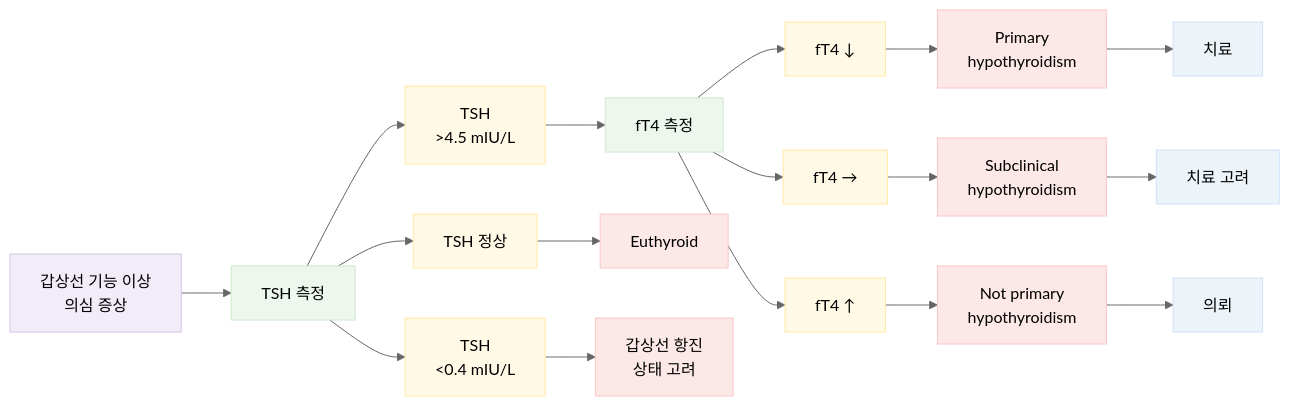
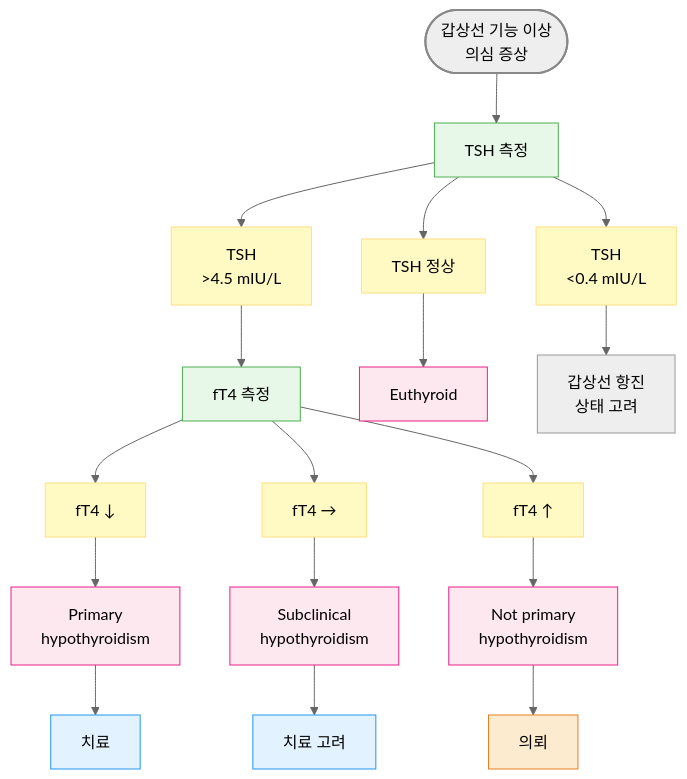
The first of 2 diagrams in 226_/105_-hypothyroidism.md (familyoh77/familyoh77), drawn with Mermaid (neutral theme) before and after one commit. The commit also changed other lines of this file, not shown here.

````diff
--- a/226_/105_-hypothyroidism.md
+++ b/226_/105_-hypothyroidism.md
@@ -103,43 +105,36 @@
 ```mermaid
-flowchart LR
+flowchart TD
     %% Nodes
-    Start["갑상선 기능 이상<br>의심 증상"] --> TSH["TSH 측정"]
+    Start(["갑상선 기능 이상<br>의심 증상"]) --> TSH["TSH 측정"]
 
     %% TSH Branches
     TSH --> TSH_High["TSH<br>>4.5 mIU/L"]
     TSH --> TSH_Normal["TSH 정상"]
     TSH --> TSH_Low["TSH<br><0.4 mIU/L"]
 
     %% TSH High Path
     TSH_High --> FT4_Meas["fT4 측정"]
     FT4_Meas --> FT4_Low["fT4 ↓"]
     FT4_Meas --> FT4_Normal["fT4 →"]
     FT4_Meas --> FT4_High["fT4 ↑"]
 
     FT4_Low --> Primary_Hypo["Primary<br>hypothyroidism"] --> Tx["치료"]
     FT4_Normal --> Sub_Hypo["Subclinical<br>hypothyroidism"] --> Tx_Consider["치료 고려"]
     FT4_High --> Not_Primary["Not primary<br>hypothyroidism"] --> Referral["의뢰"]
 
     %% TSH Normal & Low Paths
     TSH_Normal --> Euthyroid["Euthyroid"]
     TSH_Low --> Hyper_Consider["갑상선 항진<br>상태 고려"]
 
     %% Styling (Optional)
-    style Start fill:#f1ecf7,stroke:#d3c5e5,stroke-width:1px
-    style TSH fill:#edf7ed,stroke:#cce8cc,stroke-width:1px
-    style FT4_Meas fill:#edf7ed,stroke:#cce8cc,stroke-width:1px
-    style TSH_High fill:#fff9e6,stroke:#ffeaa7,stroke-width:1px
-    style TSH_Normal fill:#fff9e6,stroke:#ffeaa7,stroke-width:1px
-    style TSH_Low fill:#fff9e6,stroke:#ffeaa7,stroke-width:1px
-    style FT4_Low fill:#fff9e6,stroke:#ffeaa7,stroke-width:1px
-    style FT4_Normal fill:#fff9e6,stroke:#ffeaa7,stroke-width:1px
-    style FT4_High fill:#fff9e6,stroke:#ffeaa7,stroke-width:1px
-    style Euthyroid fill:#fde8e8,stroke:#fbc4c4,stroke-width:1px
-    style Hyper_Consider fill:#fde8e8,stroke:#fbc4c4,stroke-width:1px
-    style Primary_Hypo fill:#fde8e8,stroke:#fbc4c4,stroke-width:1px
-    style Sub_Hypo fill:#fde8e8,stroke:#fbc4c4,stroke-width:1px
-    style Not_Primary fill:#fde8e8,stroke:#fbc4c4,stroke-width:1px
-    style Tx fill:#edf4f9,stroke:#d0e1f9,stroke-width:1px
-    style Tx_Consider fill:#edf4f9,stroke:#d0e1f9,stroke-width:1px
-    style Referral fill:#edf4f9,stroke:#d0e1f9,stroke-width:1px
+style Start fill:#eeeeee,stroke:#888888,stroke-width:2px
+classDef lightGreen fill:#e8f8e8,stroke:#4caf50
+class TSH,FT4_Meas lightGreen
+classDef yellow fill:#fff9c4,stroke:#ffe082
+class TSH_High,TSH_Normal,TSH_Low,FT4_Low,FT4_Normal,FT4_High yellow
+classDef pink fill:#fde8f0,stroke:#e91e8c
+class Primary_Hypo,Sub_Hypo,Not_Primary,Euthyroid pink
+classDef sky fill:#e3f2ff,stroke:#2196f3
+class Tx,Tx_Consider sky
+style Referral fill:#fdebd0,stroke:#e67e22
 ```
````
